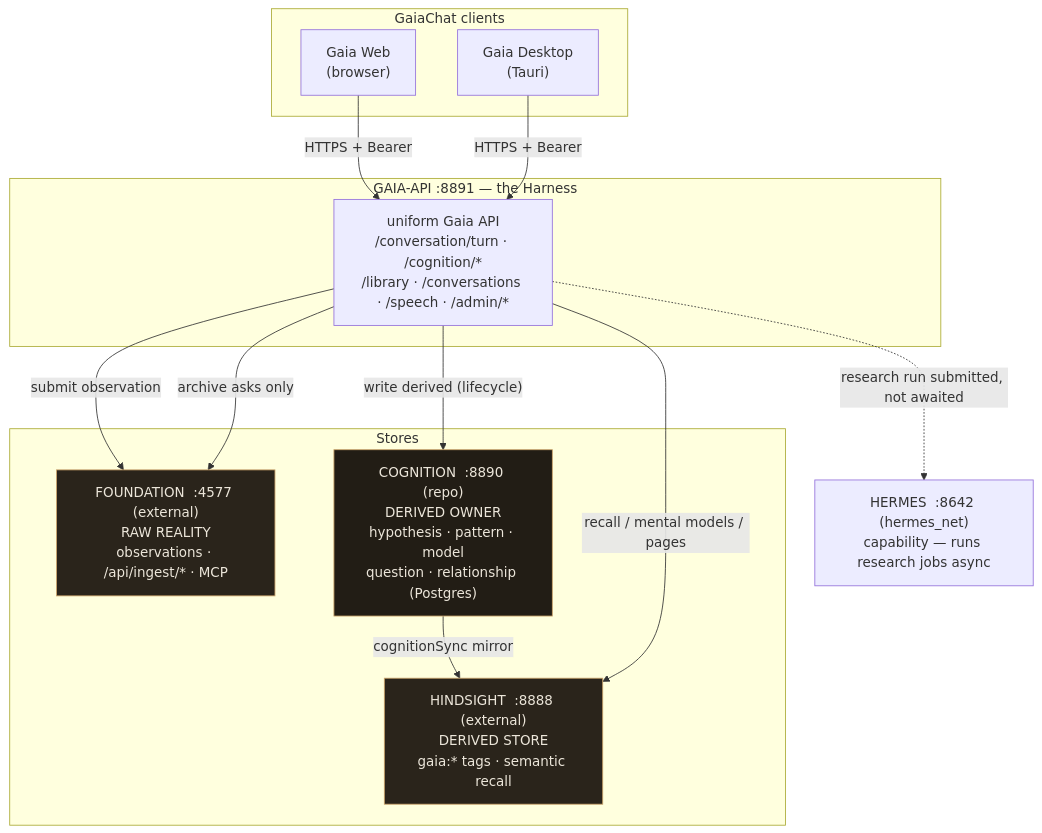
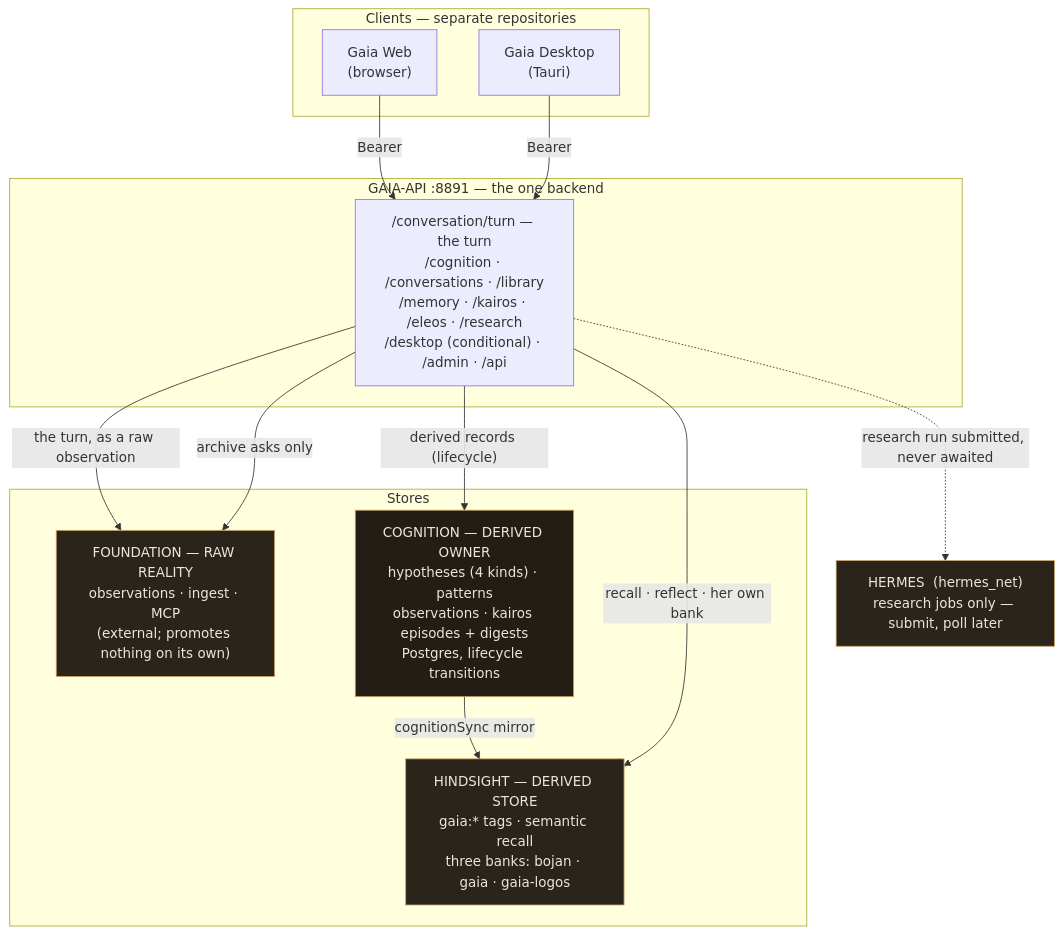
Before and after one commit to Bojanni050/Gaia-Cloud: the first of 7 diagrams in docs/architecture-graph.md, drawn with Mermaid. The commit also changed other lines of this file and 7 other files, not shown here.

````diff
--- a/docs/architecture-graph.md
+++ b/docs/architecture-graph.md
@@ -11,33 +15,33 @@
 ```mermaid
 flowchart TB
-    subgraph clients["GaiaChat clients"]
+    subgraph clients["Clients — separate repositories"]
         web["Gaia Web<br/>(browser)"]
         desktop["Gaia Desktop<br/>(Tauri)"]
     end
 
-    subgraph cloud["GAIA-API  :8891 — the Harness"]
-        api["uniform Gaia API<br/>/conversation/turn · /cognition/*<br/>/library · /conversations · /speech · /admin/*"]
+    subgraph cloud["GAIA-API  :8891 — the one backend"]
+        api["/conversation/turn — the turn<br/>/cognition · /conversations · /library<br/>/memory · /kairos · /eleos · /research<br/>/desktop (conditional) · /admin · /api"]
     end
 
     subgraph stores["Stores"]
-        foundation["FOUNDATION  :4577 (external)<br/>RAW REALITY<br/>observations · /api/ingest/* · MCP"]
-        cognition["COGNITION  :8890 (repo)<br/>DERIVED OWNER<br/>hypothesis · pattern · model<br/>question · relationship (Postgres)"]
-        hindsight["HINDSIGHT  :8888 (external)<br/>DERIVED STORE<br/>gaia:* tags · semantic recall"]
+        foundation["FOUNDATION — RAW REALITY<br/>observations · ingest · MCP<br/>(external; promotes nothing on its own)"]
+        cognition["COGNITION — DERIVED OWNER<br/>hypotheses (4 kinds) · patterns<br/>observations · kairos episodes + digests<br/>Postgres, lifecycle transitions"]
+        hindsight["HINDSIGHT — DERIVED STORE<br/>gaia:* tags · semantic recall<br/>three banks: bojan · gaia · gaia-logos"]
     end
 
-    hermes["HERMES  :8642 (hermes_net)<br/>capability — runs research jobs async"]
+    hermes["HERMES  (hermes_net)<br/>research jobs only — submit, poll later"]
 
-    web -->|"HTTPS + Bearer"| api
-    desktop -->|"HTTPS + Bearer"| api
-    api -->|"submit observation"| foundation
-    api -->|"write derived (lifecycle)"| cognition
+    web -->|"Bearer"| api
+    desktop -->|"Bearer"| api
+    api -->|"the turn, as a raw observation"| foundation
+    api -->|"derived records (lifecycle)"| cognition
     cognition -->|"cognitionSync mirror"| hindsight
-    api -->|"recall / mental models / pages"| hindsight
+    api -->|"recall · reflect · her own bank"| hindsight
     api -->|"archive asks only"| foundation
-    api -.->|"research run submitted, not awaited"| hermes
+    api -.->|"research run submitted, never awaited"| hermes
 
     classDef ext fill:#2A241B,stroke:#CBA36A,color:#ECE6DA
     classDef own fill:#221D15,stroke:#CBA36A,color:#ECE6DA
-    class foundation,hindsight ext
+    class foundation,hindsight,hermes ext
     class cognition own
 ```
````
